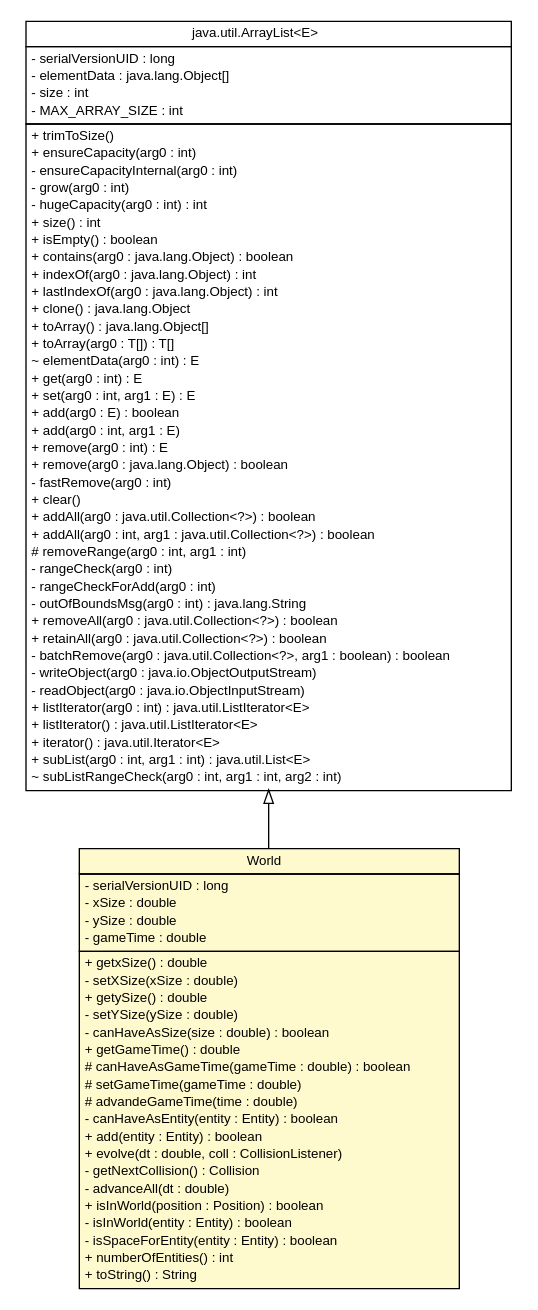
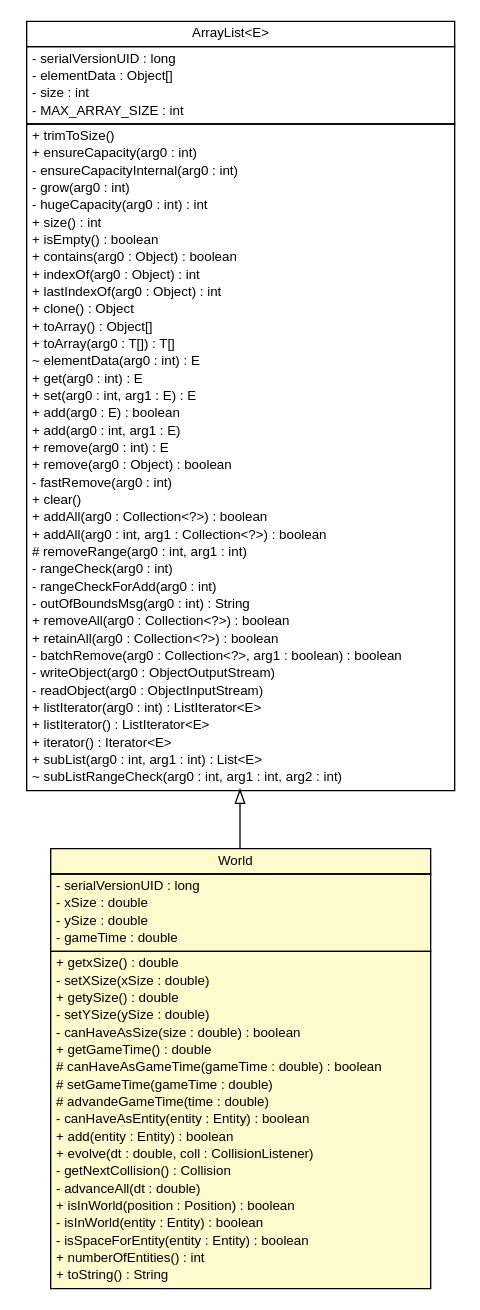
The diagram in doc/world/World.dot (sinopeus/asteroids), drawn with Graphviz before and after one commit. The commit also changed 412 other files, not shown here.

Commit message:
Some more UML shit.

```diff
--- a/doc/world/World.dot
+++ b/doc/world/World.dot
@@ -1,99 +1,99 @@
 #!/usr/local/bin/dot
 #
 # Class diagram 
 # Generated by UMLGraph version R5_6 (http://www.umlgraph.org/)
 #
 
 digraph G {
 	edge [fontname="Helvetica",fontsize=10,labelfontname="Helvetica",labelfontsize=10];
 	node [fontname="Helvetica",fontsize=10,shape=plaintext];
 	nodesep=0.25;
 	ranksep=0.5;
 	// world.World
 	c17895 [label=<<table title="world.World" border="0" cellborder="1" cellspacing="0" cellpadding="2" port="p" bgcolor="lemonChiffon" href="./World.html">
 		<tr><td><table border="0" cellspacing="0" cellpadding="1">
 <tr><td align="center" balign="center"> World </td></tr>
 		</table></td></tr>
 		<tr><td><table border="0" cellspacing="0" cellpadding="1">
 <tr><td align="left" balign="left"> - serialVersionUID : long </td></tr>
 <tr><td align="left" balign="left"> - xSize : double </td></tr>
 <tr><td align="left" balign="left"> - ySize : double </td></tr>
 <tr><td align="left" balign="left"> - gameTime : double </td></tr>
 		</table></td></tr>
 		<tr><td><table border="0" cellspacing="0" cellpadding="1">
 <tr><td align="left" balign="left"> + getxSize() : double </td></tr>
 <tr><td align="left" balign="left"> - setXSize(xSize : double) </td></tr>
 <tr><td align="left" balign="left"> + getySize() : double </td></tr>
 <tr><td align="left" balign="left"> - setYSize(ySize : double) </td></tr>
 <tr><td align="left" balign="left"> - canHaveAsSize(size : double) : boolean </td></tr>
 <tr><td align="left" balign="left"> + getGameTime() : double </td></tr>
 <tr><td align="left" balign="left"> # canHaveAsGameTime(gameTime : double) : boolean </td></tr>
 <tr><td align="left" balign="left"> # setGameTime(gameTime : double) </td></tr>
 <tr><td align="left" balign="left"> # advandeGameTime(time : double) </td></tr>
 <tr><td align="left" balign="left"> - canHaveAsEntity(entity : Entity) : boolean </td></tr>
 <tr><td align="left" balign="left"> + add(entity : Entity) : boolean </td></tr>
 <tr><td align="left" balign="left"> + evolve(dt : double, coll : CollisionListener) </td></tr>
 <tr><td align="left" balign="left"> - getNextCollision() : Collision </td></tr>
 <tr><td align="left" balign="left"> - advanceAll(dt : double) </td></tr>
 <tr><td align="left" balign="left"> + isInWorld(position : Position) : boolean </td></tr>
 <tr><td align="left" balign="left"> - isInWorld(entity : Entity) : boolean </td></tr>
 <tr><td align="left" balign="left"> - isSpaceForEntity(entity : Entity) : boolean </td></tr>
 <tr><td align="left" balign="left"> + numberOfEntities() : int </td></tr>
 <tr><td align="left" balign="left"> + toString() : String </td></tr>
 		</table></td></tr>
 		</table>>, URL="./World.html", fontname="Helvetica", fontcolor="black", fontsize=10.0];
 	//world.World extends java.util.ArrayList<world.entity.Entity>
 	c17921:p -> c17895:p [dir=back,arrowtail=empty];
 	// java.util.ArrayList<E>
 	c17921 [label=<<table title="java.util.ArrayList" border="0" cellborder="1" cellspacing="0" cellpadding="2" port="p" href="http://java.sun.com/j2se/1.4.2/docs/api/java/util/ArrayList.html">
 		<tr><td><table border="0" cellspacing="0" cellpadding="1">
-<tr><td align="center" balign="center"> java.util.ArrayList&lt;E&gt; </td></tr>
+<tr><td align="center" balign="center"> ArrayList&lt;E&gt; </td></tr>
 		</table></td></tr>
 		<tr><td><table border="0" cellspacing="0" cellpadding="1">
 <tr><td align="left" balign="left"> - serialVersionUID : long </td></tr>
-<tr><td align="left" balign="left"> - elementData : java.lang.Object[] </td></tr>
+<tr><td align="left" balign="left"> - elementData : Object[] </td></tr>
 <tr><td align="left" balign="left"> - size : int </td></tr>
 <tr><td align="left" balign="left"> - MAX_ARRAY_SIZE : int </td></tr>
 		</table></td></tr>
 		<tr><td><table border="0" cellspacing="0" cellpadding="1">
 <tr><td align="left" balign="left"> + trimToSize() </td></tr>
 <tr><td align="left" balign="left"> + ensureCapacity(arg0 : int) </td></tr>
 <tr><td align="left" balign="left"> - ensureCapacityInternal(arg0 : int) </td></tr>
 <tr><td align="left" balign="left"> - grow(arg0 : int) </td></tr>
 <tr><td align="left" balign="left"> - hugeCapacity(arg0 : int) : int </td></tr>
 <tr><td align="left" balign="left"> + size() : int </td></tr>
 <tr><td align="left" balign="left"> + isEmpty() : boolean </td></tr>
-<tr><td align="left" balign="left"> + contains(arg0 : java.lang.Object) : boolean </td></tr>
-<tr><td align="left" balign="left"> + indexOf(arg0 : java.lang.Object) : int </td></tr>
-<tr><td align="left" balign="left"> + lastIndexOf(arg0 : java.lang.Object) : int </td></tr>
-<tr><td align="left" balign="left"> + clone() : java.lang.Object </td></tr>
-<tr><td align="left" balign="left"> + toArray() : java.lang.Object[] </td></tr>
+<tr><td align="left" balign="left"> + contains(arg0 : Object) : boolean </td></tr>
+<tr><td align="left" balign="left"> + indexOf(arg0 : Object) : int </td></tr>
+<tr><td align="left" balign="left"> + lastIndexOf(arg0 : Object) : int </td></tr>
+<tr><td align="left" balign="left"> + clone() : Object </td></tr>
+<tr><td align="left" balign="left"> + toArray() : Object[] </td></tr>
 <tr><td align="left" balign="left"> + toArray(arg0 : T[]) : T[] </td></tr>
 <tr><td align="left" balign="left"> ~ elementData(arg0 : int) : E </td></tr>
 <tr><td align="left" balign="left"> + get(arg0 : int) : E </td></tr>
 <tr><td align="left" balign="left"> + set(arg0 : int, arg1 : E) : E </td></tr>
 <tr><td align="left" balign="left"> + add(arg0 : E) : boolean </td></tr>
 <tr><td align="left" balign="left"> + add(arg0 : int, arg1 : E) </td></tr>
 <tr><td align="left" balign="left"> + remove(arg0 : int) : E </td></tr>
-<tr><td align="left" balign="left"> + remove(arg0 : java.lang.Object) : boolean </td></tr>
+<tr><td align="left" balign="left"> + remove(arg0 : Object) : boolean </td></tr>
 <tr><td align="left" balign="left"> - fastRemove(arg0 : int) </td></tr>
 <tr><td align="left" balign="left"> + clear() </td></tr>
-<tr><td align="left" balign="left"> + addAll(arg0 : java.util.Collection&lt;?&gt;) : boolean </td></tr>
-<tr><td align="left" balign="left"> + addAll(arg0 : int, arg1 : java.util.Collection&lt;?&gt;) : boolean </td></tr>
+<tr><td align="left" balign="left"> + addAll(arg0 : Collection&lt;?&gt;) : boolean </td></tr>
+<tr><td align="left" balign="left"> + addAll(arg0 : int, arg1 : Collection&lt;?&gt;) : boolean </td></tr>
 <tr><td align="left" balign="left"> # removeRange(arg0 : int, arg1 : int) </td></tr>
 <tr><td align="left" balign="left"> - rangeCheck(arg0 : int) </td></tr>
 <tr><td align="left" balign="left"> - rangeCheckForAdd(arg0 : int) </td></tr>
-<tr><td align="left" balign="left"> - outOfBoundsMsg(arg0 : int) : java.lang.String </td></tr>
-<tr><td align="left" balign="left"> + removeAll(arg0 : java.util.Collection&lt;?&gt;) : boolean </td></tr>
-<tr><td align="left" balign="left"> + retainAll(arg0 : java.util.Collection&lt;?&gt;) : boolean </td></tr>
-<tr><td align="left" balign="left"> - batchRemove(arg0 : java.util.Collection&lt;?&gt;, arg1 : boolean) : boolean </td></tr>
-<tr><td align="left" balign="left"> - writeObject(arg0 : java.io.ObjectOutputStream) </td></tr>
-<tr><td align="left" balign="left"> - readObject(arg0 : java.io.ObjectInputStream) </td></tr>
-<tr><td align="left" balign="left"> + listIterator(arg0 : int) : java.util.ListIterator&lt;E&gt; </td></tr>
-<tr><td align="left" balign="left"> + listIterator() : java.util.ListIterator&lt;E&gt; </td></tr>
-<tr><td align="left" balign="left"> + iterator() : java.util.Iterator&lt;E&gt; </td></tr>
-<tr><td align="left" balign="left"> + subList(arg0 : int, arg1 : int) : java.util.List&lt;E&gt; </td></tr>
+<tr><td align="left" balign="left"> - outOfBoundsMsg(arg0 : int) : String </td></tr>
+<tr><td align="left" balign="left"> + removeAll(arg0 : Collection&lt;?&gt;) : boolean </td></tr>
+<tr><td align="left" balign="left"> + retainAll(arg0 : Collection&lt;?&gt;) : boolean </td></tr>
+<tr><td align="left" balign="left"> - batchRemove(arg0 : Collection&lt;?&gt;, arg1 : boolean) : boolean </td></tr>
+<tr><td align="left" balign="left"> - writeObject(arg0 : ObjectOutputStream) </td></tr>
+<tr><td align="left" balign="left"> - readObject(arg0 : ObjectInputStream) </td></tr>
+<tr><td align="left" balign="left"> + listIterator(arg0 : int) : ListIterator&lt;E&gt; </td></tr>
+<tr><td align="left" balign="left"> + listIterator() : ListIterator&lt;E&gt; </td></tr>
+<tr><td align="left" balign="left"> + iterator() : Iterator&lt;E&gt; </td></tr>
+<tr><td align="left" balign="left"> + subList(arg0 : int, arg1 : int) : List&lt;E&gt; </td></tr>
 <tr><td align="left" balign="left"> ~ subListRangeCheck(arg0 : int, arg1 : int, arg2 : int) </td></tr>
 		</table></td></tr>
 		</table>>, URL="http://java.sun.com/j2se/1.4.2/docs/api/java/util/ArrayList.html", fontname="Helvetica", fontcolor="black", fontsize=10.0];
 }
```
